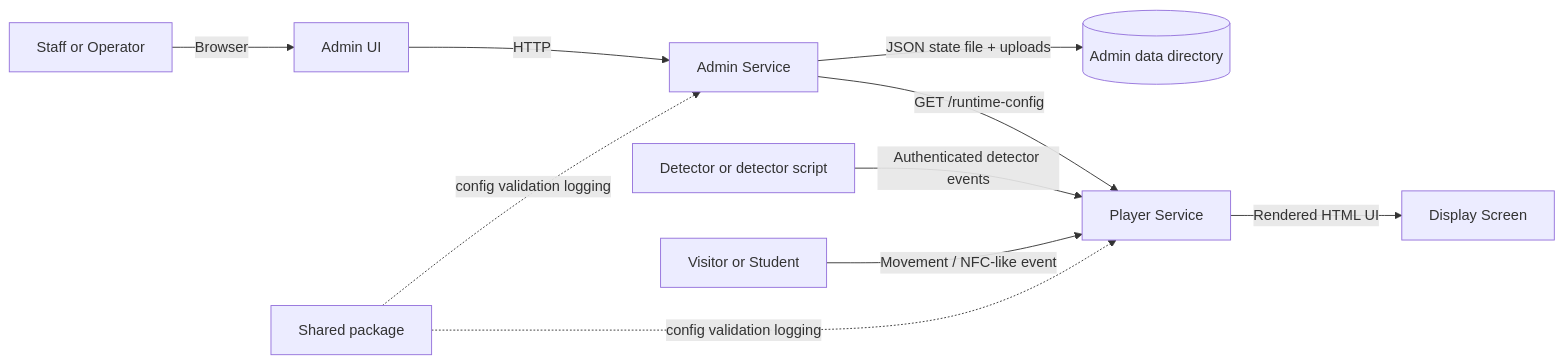
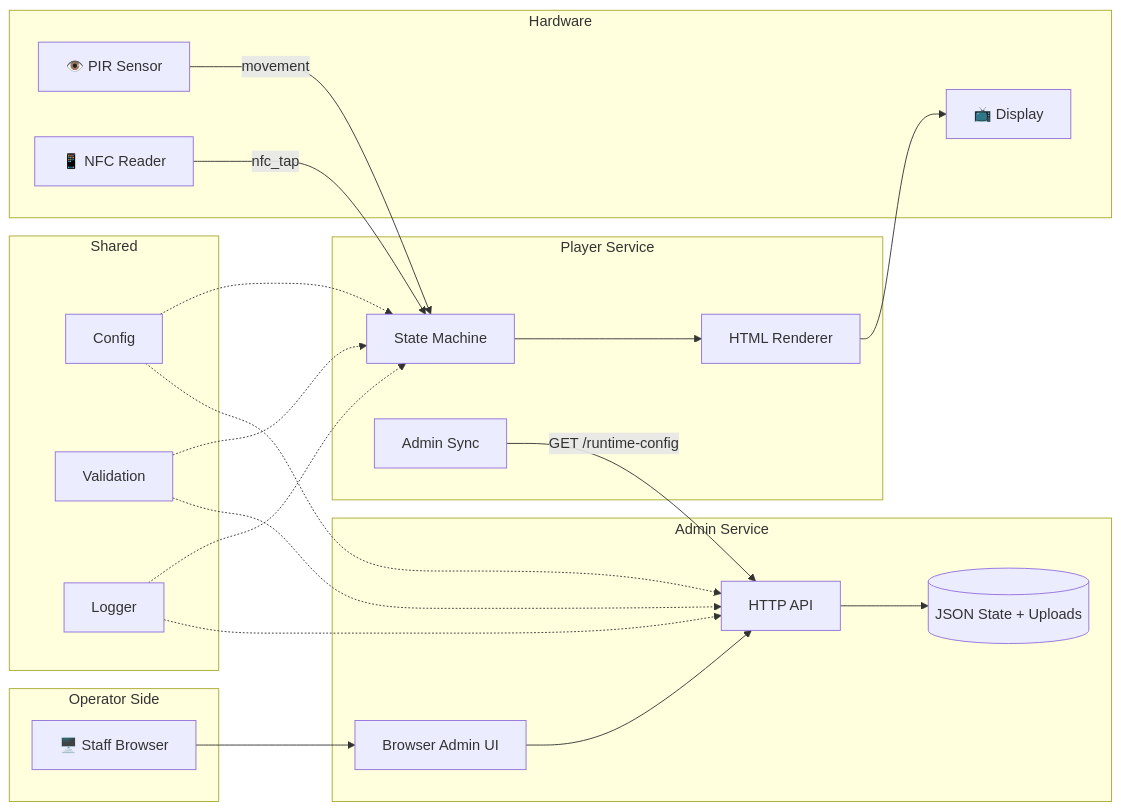
The first of 6 diagrams in docs/architecture/overview.md (fergouchyahya/IDS), drawn with Mermaid before and after one commit. The commit also changed other lines of this file and 14 other files, not shown here.

````diff
--- a/docs/architecture/overview.md
+++ b/docs/architecture/overview.md
@@ -16,12 +9,44 @@
 ```mermaid
 flowchart LR
-    Staff[Staff or Operator] -->|Browser| AdminUI[Admin UI]
-    AdminUI -->|HTTP| Admin[Admin Service]
-    Admin -->|JSON state file + uploads| Disk[(Admin data directory)]
-    Admin -->|GET /runtime-config| Player[Player Service]
-    Player -->|Rendered HTML UI| Screen[Display Screen]
-    Motion[Detector or detector script] -->|Authenticated detector events| Player
-    User[Visitor or Student] -->|Movement / NFC-like event| Player
-    Shared[Shared package] -. config validation logging .-> Admin
-    Shared -. config validation logging .-> Player
+    subgraph Operator Side
+        Staff[🖥️ Staff Browser]
+    end
+
+    subgraph Admin Service
+        AdminAPI[HTTP API]
+        AdminUI[Browser Admin UI]
+        Storage[(JSON State + Uploads)]
+    end
+
+    subgraph Player Service
+        SM[State Machine]
+        Renderer[HTML Renderer]
+        Sync[Admin Sync]
+    end
+
+    subgraph Hardware
+        Screen[📺 Display]
+        PIR[👁️ PIR Sensor]
+        NFC[📱 NFC Reader]
+    end
+
+    subgraph Shared
+        Config[Config]
+        Valid[Validation]
+        Log[Logger]
+    end
+
+    Staff --> AdminUI
+    AdminUI --> AdminAPI
+    AdminAPI --> Storage
+    Sync -->|GET /runtime-config| AdminAPI
+    SM --> Renderer --> Screen
+    PIR -->|movement| SM
+    NFC -->|nfc_tap| SM
+    Config -.-> AdminAPI
+    Config -.-> SM
+    Valid -.-> AdminAPI
+    Valid -.-> SM
+    Log -.-> AdminAPI
+    Log -.-> SM
 ```
````
